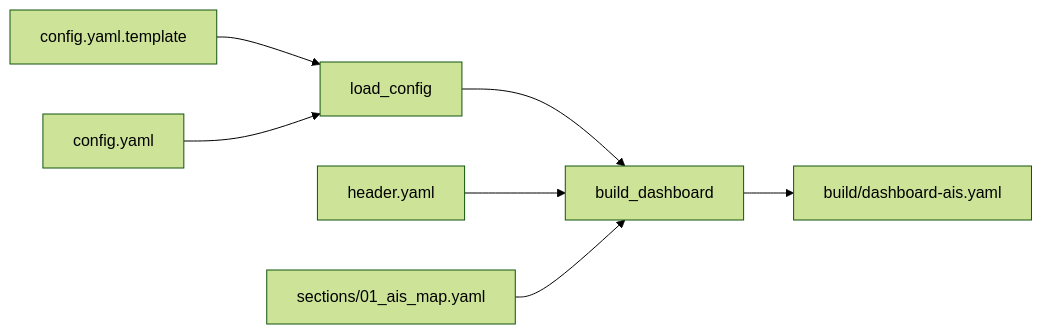
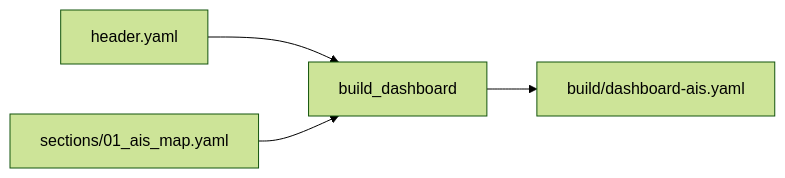
Before and after one commit to dnevera/yacht-n2k-console: the first of 2 diagrams in ha/ais/spec/dashboard_spec.md, drawn with Mermaid (forest theme). The commit also changed other lines of this file and 10 other files, not shown here.

````diff
--- a/ha/ais/spec/dashboard_spec.md
+++ b/ha/ais/spec/dashboard_spec.md
@@ -18,9 +18,6 @@
 ```mermaid
 graph LR
-    T[config.yaml.template] --> C[load_config]
-    CY[config.yaml] --> C
-    C --> B[build_dashboard]
-    H[header.yaml] --> B
+    H[header.yaml] --> B[build_dashboard]
     S[sections/01_ais_map.yaml] --> B
     B --> OUT[build/dashboard-ais.yaml]
 ```
````
